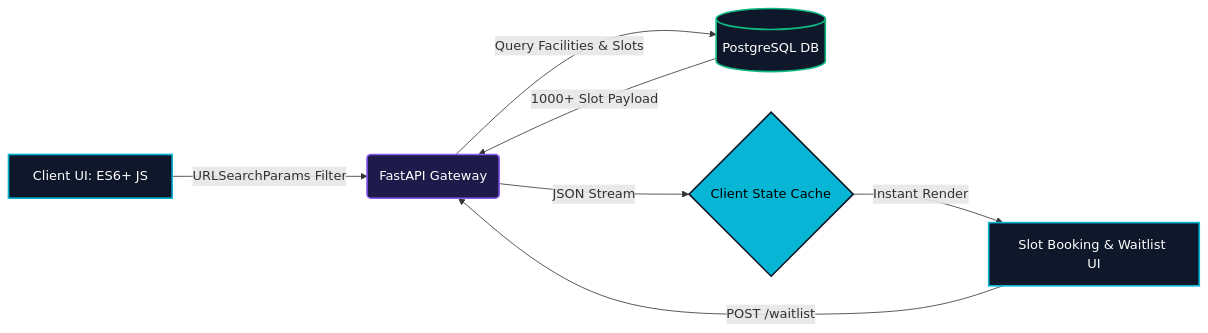
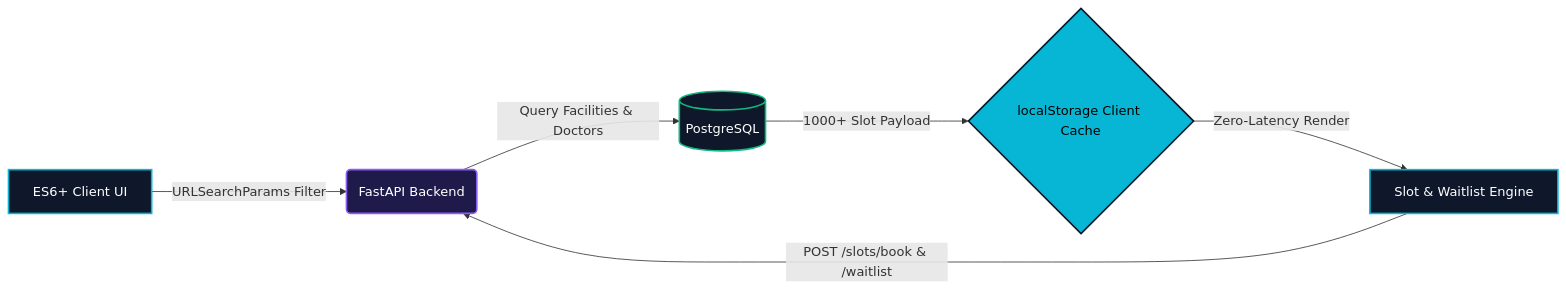
The first of 4 diagrams in README.md (RD998/RD998), drawn with Mermaid before and after one commit. The commit also changed other lines of this file, not shown here.

````diff
--- a/README.md
+++ b/README.md
@@ -49,14 +41,13 @@
 ```mermaid
 graph LR
-    A[Client UI: ES6+ JS] -->|URLSearchParams Filter| B(FastAPI Gateway)
-    B -->|Query Facilities & Slots| C[(PostgreSQL DB)]
-    C -->|1000+ Slot Payload| B
-    B -->|JSON Stream| D{Client State Cache}
-    D -->|Instant Render| E[Slot Booking & Waitlist UI]
-    E -->|POST /waitlist| B
-    style A fill:#0f172a,stroke:#06b6d4,stroke-width:2px,color:#fff
-    style B fill:#1e1b4b,stroke:#8b5cf6,stroke-width:2px,color:#fff
-    style C fill:#0f172a,stroke:#10b981,stroke-width:2px,color:#fff
-    style D fill:#06b6d4,stroke:#0f172a,stroke-width:2px,color:#000
-    style E fill:#0f172a,stroke:#06b6d4,stroke-width:2px,color:#fff
+    UI[ES6+ Client UI] -->|URLSearchParams Filter| API(FastAPI Backend)
+    API -->|Query Facilities & Doctors| DB[(PostgreSQL)]
+    DB -->|1000+ Slot Payload| CACHE{localStorage Client Cache}
+    CACHE -->|Zero-Latency Render| BOOK[Slot & Waitlist Engine]
+    BOOK -->|POST /slots/book & /waitlist| API
+    style UI fill:#0f172a,stroke:#06b6d4,stroke-width:2px,color:#fff
+    style API fill:#1e1b4b,stroke:#8b5cf6,stroke-width:2px,color:#fff
+    style DB fill:#0f172a,stroke:#10b981,stroke-width:2px,color:#fff
+    style CACHE fill:#06b6d4,stroke:#0f172a,stroke-width:2px,color:#000
+    style BOOK fill:#0f172a,stroke:#06b6d4,stroke-width:2px,color:#fff
 ```
````
